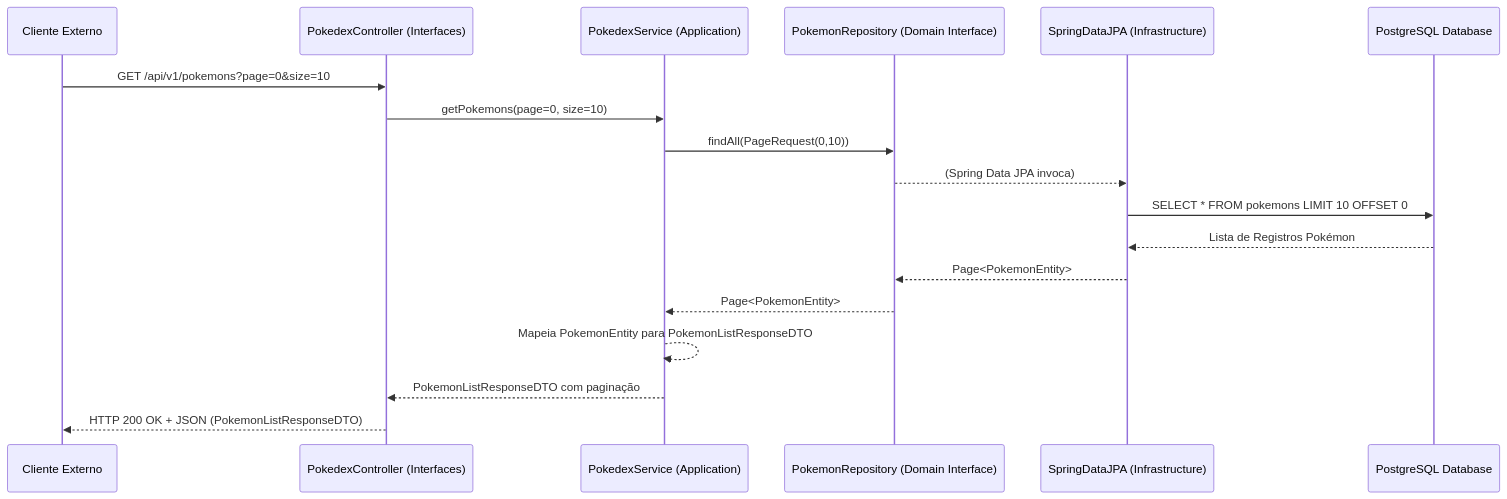
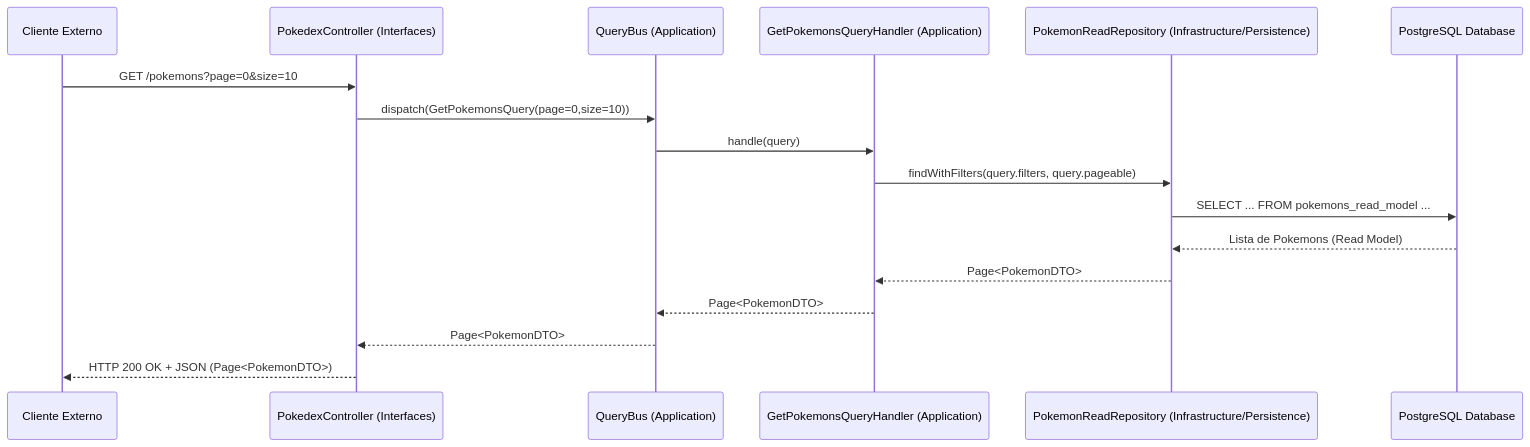
The third of 3 diagrams in doc/ARCHITECTURE.md (lucabelezal/pokedex-bff), drawn with Mermaid before and after one commit. The commit also changed other lines of this file, not shown here.

First line of the commit message:
Docs: Detalha arquitetura do BFF em doc/ARCHITECTURE.MD

````diff
--- a/doc/ARCHITECTURE.md
+++ b/doc/ARCHITECTURE.md
@@ -222,21 +391,20 @@
 ```mermaid
 sequenceDiagram
     participant Client as Cliente Externo
     participant Controller as PokedexController (Interfaces)
-    participant Service as PokedexService (Application)
-    participant Repository as PokemonRepository (Domain Interface)
-    participant JPA_Impl as SpringDataJPA (Infrastructure)
+    participant QueryBus as QueryBus (Application)
+    participant Handler as GetPokemonsQueryHandler (Application)
+    participant ReadRepo as PokemonReadRepository (Infrastructure/Persistence)
     participant DB as PostgreSQL Database
 
-    Client->>Controller: GET /api/v1/pokemons?page=0&size=10
-    Controller->>Service: getPokemons(page=0, size=10)
-    Service->>Repository: findAll(PageRequest(0,10))
-    Repository-->>JPA_Impl: (Spring Data JPA invoca)
-    JPA_Impl->>DB: SELECT * FROM pokemons LIMIT 10 OFFSET 0
-    DB-->>JPA_Impl: Lista de Registros Pokémon
-    JPA_Impl-->>Repository: Page<PokemonEntity>
-    Repository-->>Service: Page<PokemonEntity>
-    Service-->>Service: Mapeia PokemonEntity para PokemonListResponseDTO
-    Service-->>Controller: PokemonListResponseDTO com paginação
-    Controller-->>Client: HTTP 200 OK + JSON (PokemonListResponseDTO)
+    Client->>Controller: GET /pokemons?page=0&size=10
+    Controller->>QueryBus: dispatch(GetPokemonsQuery(page=0,size=10))
+    QueryBus->>Handler: handle(query)
+    Handler->>ReadRepo: findWithFilters(query.filters, query.pageable)
+    ReadRepo->>DB: SELECT ... FROM pokemons_read_model ...
+    DB-->>ReadRepo: Lista de Pokemons (Read Model)
+    ReadRepo-->>Handler: Page<PokemonDTO>
+    Handler-->>QueryBus: Page<PokemonDTO>
+    QueryBus-->>Controller: Page<PokemonDTO>
+    Controller-->>Client: HTTP 200 OK + JSON (Page<PokemonDTO>)
 ```
````
